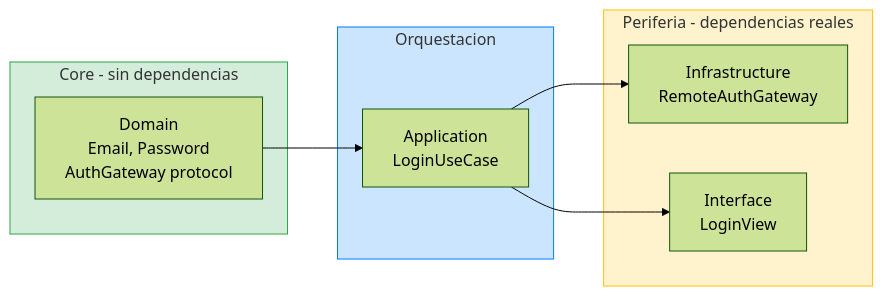
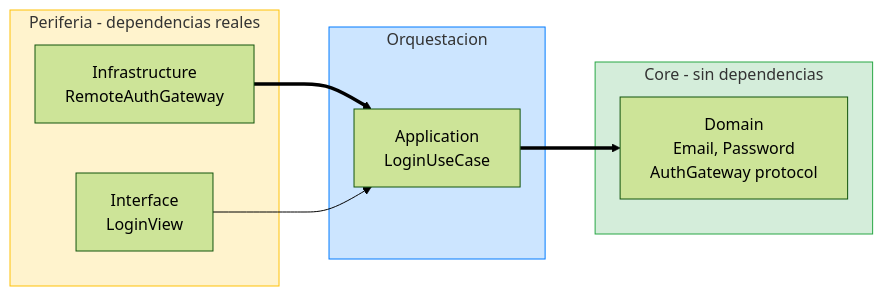
One commit to SwiftEnProfundidad/stack-my-architecture-ios changed the fifth of 5 diagrams in 01-fundamentos/02-metodologia-tdd-practica.md. Above: the diagram before and after it, drawn with Mermaid (forest theme). The commit also changed other lines of this file and 84 other files, not shown here.

````diff
--- a/01-fundamentos/02-metodologia-tdd-practica.md
+++ b/01-fundamentos/02-metodologia-tdd-practica.md
@@ -371,23 +367,23 @@
 ```mermaid
 graph LR
-    subgraph CORE["Core - sin dependencias"]
-        DOMAIN["Domain<br/>Email, Password<br/>AuthGateway protocol"]
-    end
-    
-    subgraph MIDDLE["Orquestacion"]
-        APP["Application<br/>LoginUseCase"]
-    end
-    
     subgraph EDGE["Periferia - dependencias reales"]
         INFRA["Infrastructure<br/>RemoteAuthGateway"]
         UI["Interface<br/>LoginView"]
     end
 
-    DOMAIN --> APP
-    APP --> INFRA
-    APP --> UI
-    
+    subgraph MIDDLE["Orquestacion"]
+        APP["Application<br/>LoginUseCase"]
+    end
+
+    subgraph CORE["Core - sin dependencias"]
+        DOMAIN["Domain<br/>Email, Password<br/>AuthGateway protocol"]
+    end
+
+    INFRA ==> APP
+    UI --> APP
+    APP ==> DOMAIN
+
+    style EDGE fill:#fff3cd,stroke:#ffc107
+    style MIDDLE fill:#cce5ff,stroke:#007bff
     style CORE fill:#d4edda,stroke:#28a745
-    style MIDDLE fill:#cce5ff,stroke:#007bff
-    style EDGE fill:#fff3cd,stroke:#ffc107
 ```
````
